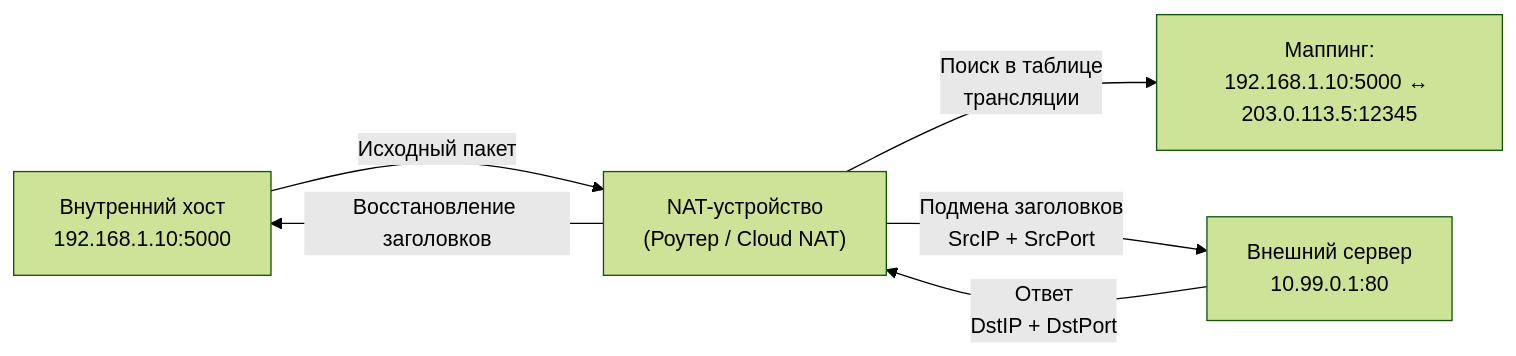
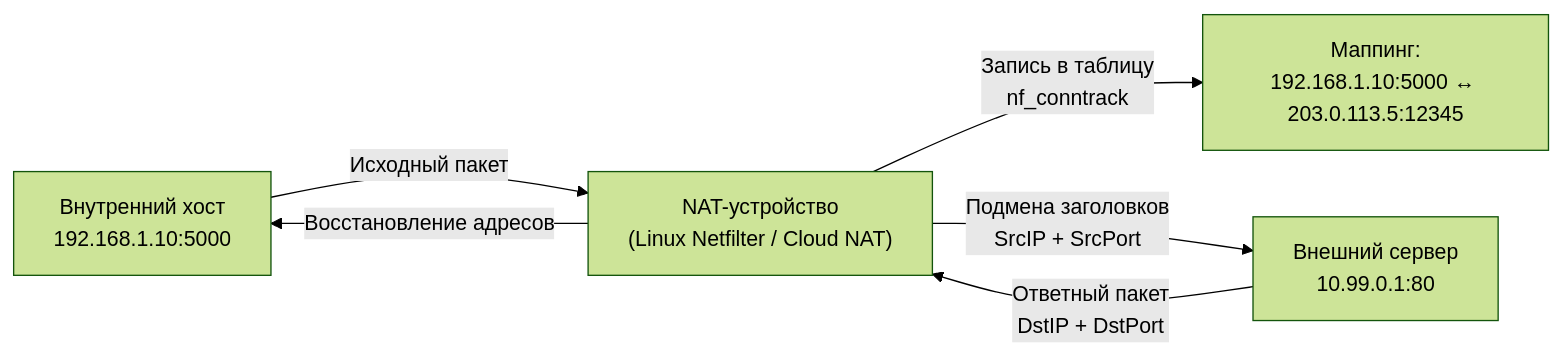
Before and after one commit to UnrealTemplier/go-textbook: the second of 6 diagrams in sources/3. Компьютерные сети и сетевой стек/8. NAT, PAT и почему приватные сети работают через один IP.md, drawn with Mermaid (forest theme). The commit also changed other lines of this file, not shown here.

Commit message:
feat(module-03): editorial rewrite of Lecture 08 (NAT, PAT, Conntrack, Netfilter, NAT Traversal) in Kernighan style

````diff
--- a/sources/3. Компьютерные сети и сетевой стек/8. NAT, PAT и почему приватные сети работают через один IP.md
+++ b/sources/3. Компьютерные сети и сетевой стек/8. NAT, PAT и почему приватные сети работают через один IP.md
@@ -25,8 +74,8 @@
 ```mermaid
 flowchart LR
-    A["Внутренний хост<br>192.168.1.10:5000"] -->|"Исходный пакет"| B["NAT-устройство<br>(Роутер / Cloud NAT)"]
-    B -->|"Поиск в таблице<br>трансляции"| C["Маппинг:<br>192.168.1.10:5000 ↔ 203.0.113.5:12345"]
-    B -->|"Подмена заголовков<br>SrcIP + SrcPort"| D["Внешний сервер<br>10.99.0.1:80"]
-    D -->|"Ответ<br>DstIP + DstPort"| B
-    B -->|"Восстановление заголовков"| A
+    A["Внутренний хост<br/>192.168.1.10:5000"] -->|"Исходный пакет"| B["NAT-устройство<br/>(Linux Netfilter / Cloud NAT)"]
+    B -->|"Запись в таблицу<br/>nf_conntrack"| C["Маппинг:<br/>192.168.1.10:5000 ↔ 203.0.113.5:12345"]
+    B -->|"Подмена заголовков<br/>SrcIP + SrcPort"| D["Внешний сервер<br/>10.99.0.1:80"]
+    D -->|"Ответный пакет<br/>DstIP + DstPort"| B
+    B -->|"Восстановление адресов"| A
 ```
````
